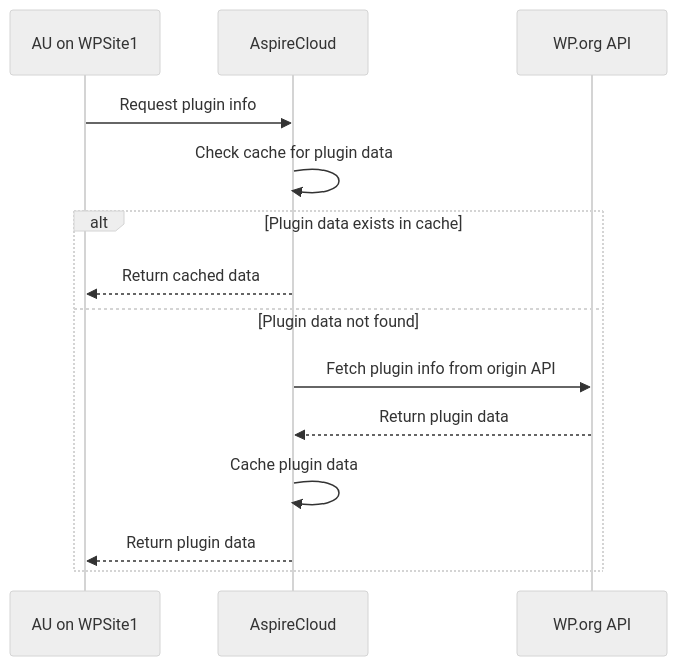
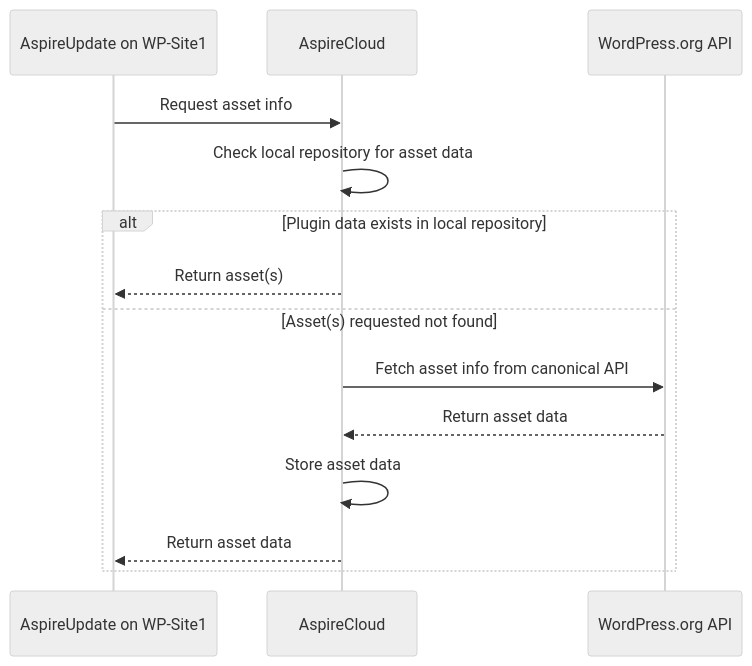
One commit to aspirepress/documentation changed the diagram in docs/aspireupdate/index.md. Above: the diagram before and after it, drawn with Mermaid (neutral theme).

Commit message:
updated state diagram language

```diff
--- a/docs/aspireupdate/index.md
+++ b/docs/aspireupdate/index.md
@@ -37,17 +37,17 @@
 <div class="mermaid">
 sequenceDiagram;
-    participant SiteA as AU on WPSite1;
+    participant SiteA as AspireUpdate on WP-Site1;
     participant CentralAPI as AspireCloud;
-    participant WPRepo as WP.org API;
+    participant WPRepo as WordPress.org API;
 
-    SiteA->>CentralAPI: Request plugin info;
-    CentralAPI->>CentralAPI: Check cache for plugin data;
-    alt Plugin data exists in cache;
-        CentralAPI-->>SiteA: Return cached data;
-    else Plugin data not found;
-        CentralAPI->>WPRepo: Fetch plugin info from origin API;
-        WPRepo-->>CentralAPI: Return plugin data;
-        CentralAPI->>CentralAPI: Cache plugin data;
-        CentralAPI-->>SiteA: Return plugin data;
+    SiteA->>CentralAPI: Request asset info;
+    CentralAPI->>CentralAPI: Check local repository for asset data;
+    alt Plugin data exists in local repository;
+        CentralAPI-->>SiteA: Return asset(s);
+    else Asset(s) requested not found;
+        CentralAPI->>WPRepo: Fetch asset info from canonical API;
+        WPRepo-->>CentralAPI: Return asset data;
+        CentralAPI->>CentralAPI: Store asset data;
+        CentralAPI-->>SiteA: Return asset data;
     end;
 </div>
```
